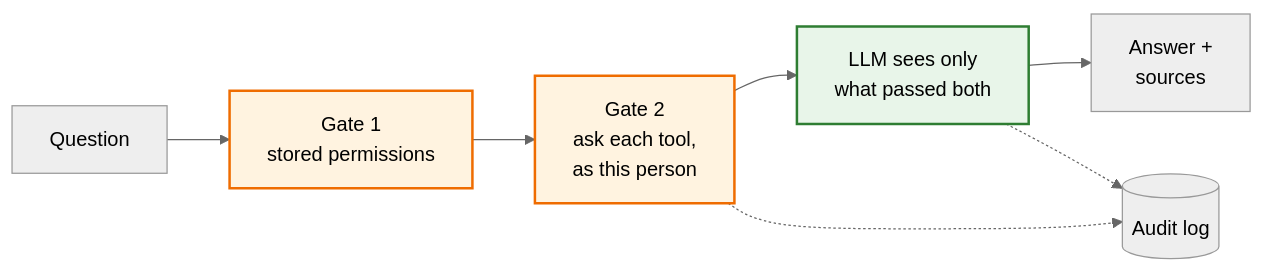
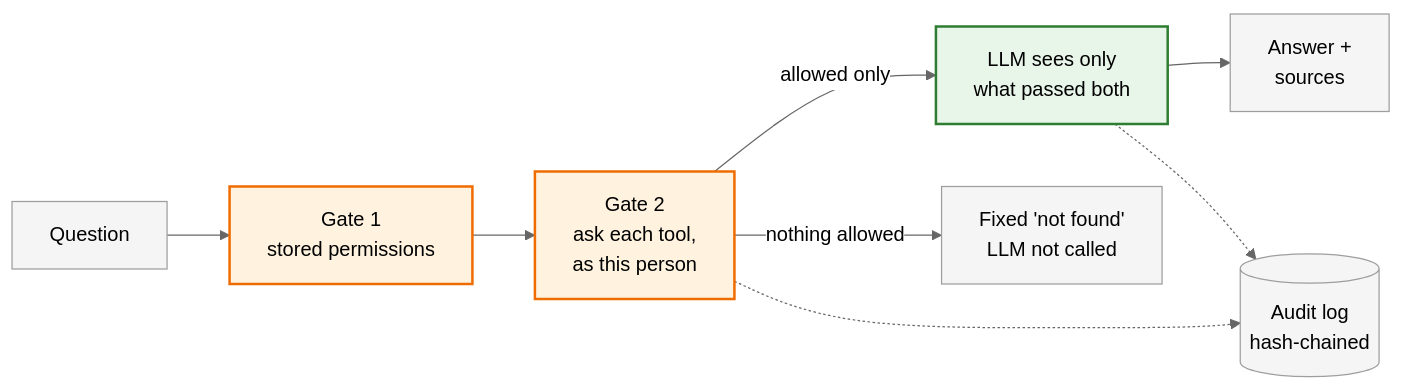
The first of 3 diagrams in README.md (gabriel-wan/tencent-hackathon-fintech), drawn with Mermaid (neutral theme) before and after one commit. The commit also changed other lines of this file and 6 other files, not shown here.

````diff
--- a/README.md
+++ b/README.md
@@ -26,15 +68,18 @@
 ```mermaid
 %%{init: {"flowchart": {"wrappingWidth": 360}}}%%
 flowchart LR
     Q["Question"] --> G1["Gate 1<br/>stored permissions"]
     G1 --> G2["Gate 2<br/>ask each tool,<br/>as this person"]
-    G2 --> L["LLM sees only<br/>what passed both"]
+    G2 -->|"allowed only"| L["LLM sees only<br/>what passed both"]
+    G2 -->|"nothing allowed"| N["Fixed 'not found'<br/>LLM not called"]
     L --> A["Answer +<br/>sources"]
-    G2 -.-> AU[("Audit log")]
+    G2 -.-> AU[("Audit log<br/>hash-chained")]
     L -.-> AU
 
     classDef gate fill:#fff3e0,stroke:#ef6c00,stroke-width:2px,color:#000
     classDef llm fill:#e8f5e9,stroke:#2e7d32,stroke-width:2px,color:#000
+    classDef plain fill:#f5f5f5,stroke:#9e9e9e,color:#000
     class G1,G2 gate
     class L llm
+    class Q,N,A,AU plain
 ```
````
